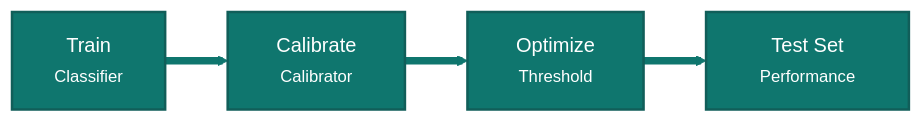
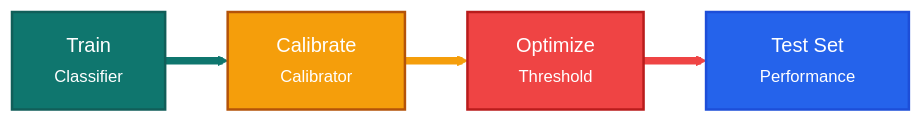
Before and after one commit to Pablo-Molla-Charlez/SecondaryModel: the third of 4 diagrams in README.md, drawn with Mermaid. The commit also changed other lines of this file, not shown here.

Commit message:
Improved Final Readme

````diff
--- a/README.md
+++ b/README.md
@@ -88,11 +88,15 @@
 ```mermaid
 %%{init: {'theme': 'base', 'themeVariables': { 'primaryColor': '#0f766e', 'primaryBorderColor': '#115e59', 'primaryTextColor': '#ffffff', 'secondaryColor': '#f59e0b', 'tertiaryColor': '#dbeafe', 'lineColor': '#0f172a', 'background': '#ffffff'}}}%%
 flowchart LR
-    A["&nbsp;&nbsp;&nbsp;Train&nbsp;&nbsp;&nbsp;<br/><small>Classifier</small>"] --> B["&nbsp;&nbsp;Calibrate&nbsp;&nbsp;<br/><small>Calibrator</small>"]
-    B --> C["&nbsp;&nbsp;Optimize&nbsp;&nbsp;<br/><small>Threshold</small>"]
-    D["&nbsp;&nbsp;&nbsp;&nbsp;&nbsp;Test Set&nbsp;&nbsp;&nbsp;&nbsp;&nbsp;<br/><small>Performance</small>"]
+    A["&nbsp;&nbsp;&nbsp;Train&nbsp;&nbsp;&nbsp;<br/><small>Classifier</small>"]:::train --> B["&nbsp;&nbsp;Calibrate&nbsp;&nbsp;<br/><small>Calibrator</small>"]:::calib
+    B --> C["&nbsp;&nbsp;Optimize&nbsp;&nbsp;<br/><small>Threshold</small>"]:::opt
+    D["&nbsp;&nbsp;&nbsp;&nbsp;&nbsp;Test Set&nbsp;&nbsp;&nbsp;&nbsp;&nbsp;<br/><small>Performance</small>"]:::test
     C --> D
-    classDef split fill:#0f766e,stroke:#115e59,color:#ffffff,stroke-width:2px;
-    class A,B,C,D split;
-    linkStyle default stroke:#0f766e,stroke-width:6px;
+    classDef train fill:#0f766e,stroke:#115e59,color:#ffffff,stroke-width:2px;
+    classDef calib fill:#f59e0b,stroke:#b45309,color:#ffffff,stroke-width:2px;
+    classDef opt   fill:#ef4444,stroke:#b91c1c,color:#ffffff,stroke-width:2px;
+    classDef test  fill:#2563eb,stroke:#1d4ed8,color:#ffffff,stroke-width:2px;
+    linkStyle 0 stroke:#0f766e,stroke-width:6px;
+    linkStyle 1 stroke:#f59e0b,stroke-width:6px;
+    linkStyle 2 stroke:#ef4444,stroke-width:6px;
 ```
````
